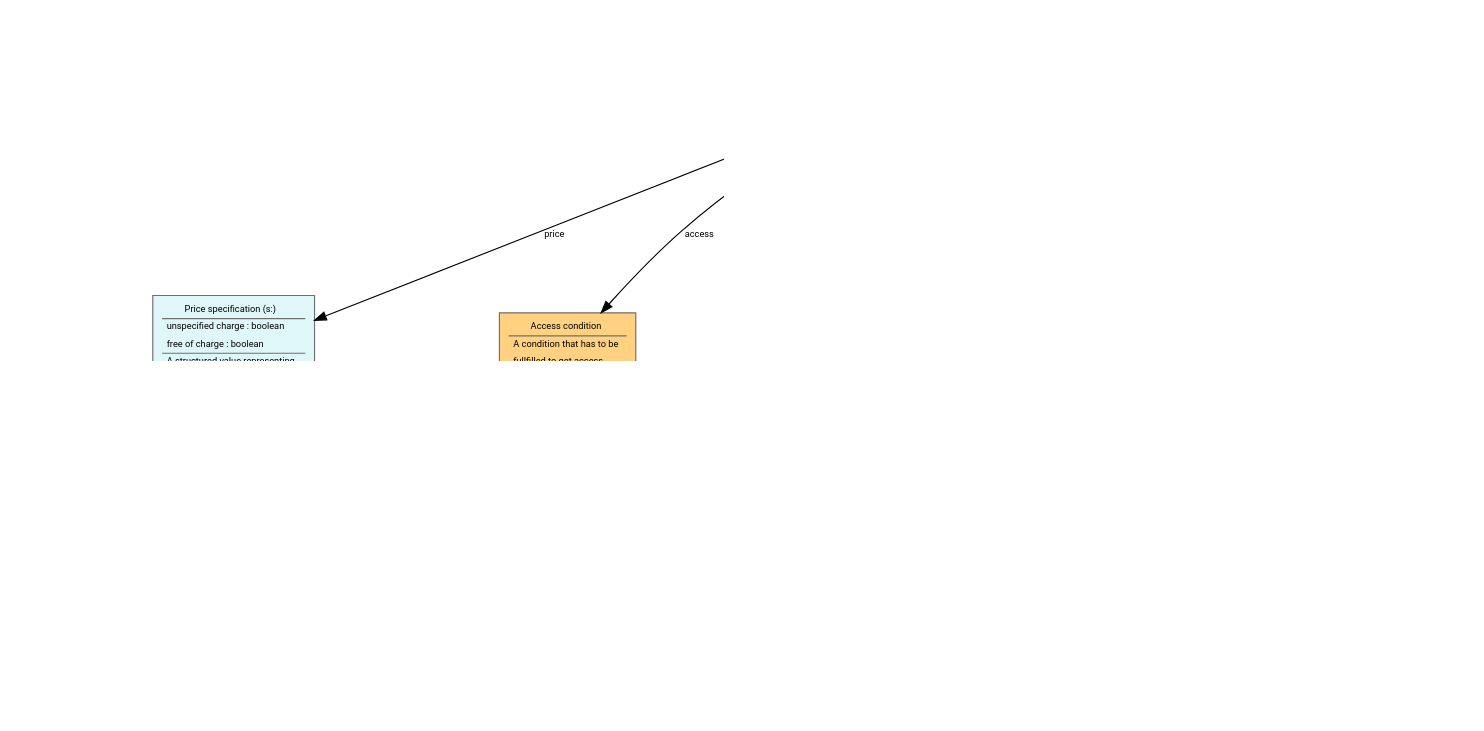
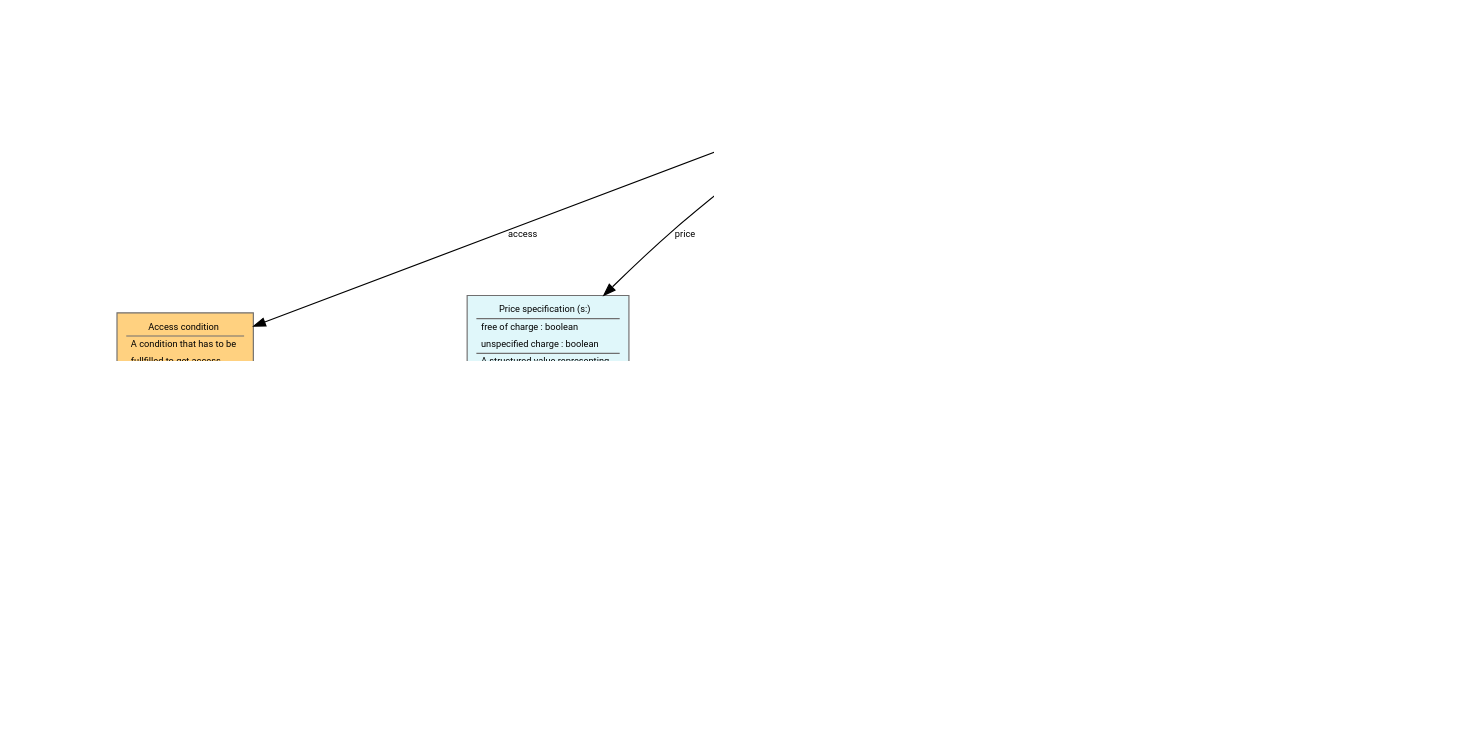
One commit to vocol/mobivoc changed the diagram in diagrams/index.ttl.dot. Above: the diagram before and after it, drawn with Graphviz. The commit also changed 15 other files, not shown here.

Commit message:
update diagrams

```diff
--- a/diagrams/index.ttl.dot
+++ b/diagrams/index.ttl.dot
@@ -24,33 +24,33 @@
                 fontname = "Roboto"
                 fontsize = 8
         ]
+"http://schema.mobivoc.org/AccessCondition" [fillcolor="#FFD180" fontcolor= "#000000", label=<<TABLE border="0"><TR><TD ALIGN="CENTER" HREF="http://schema.mobivoc.org/AccessCondition">Access condition</TD></TR><HR/><TR><TD ALIGN="LEFT">A condition that has to be</TD></TR><TR><TD ALIGN="LEFT">fullfilled to get access</TD></TR><TR><TD ALIGN="LEFT">to a civic structure.</TD></TR></TABLE>>]
+"http://schema.mobivoc.org/Action" [fillcolor="#FFD180" fontcolor= "#000000", label=<<TABLE border="0"><TR><TD ALIGN="CENTER" HREF="http://schema.mobivoc.org/Action">Action</TD></TR><HR/><TR><TD ALIGN="LEFT">Action that is done.</TD></TR></TABLE>>]
+"http://schema.mobivoc.org/UserGroup" [fillcolor="#FFD180" fontcolor= "#000000", label=<<TABLE border="0"><TR><TD ALIGN="CENTER" HREF="http://schema.mobivoc.org/UserGroup">User group</TD></TR><HR/><TR><TD ALIGN="LEFT">A group of users having a</TD></TR><TR><TD ALIGN="LEFT">common characteristic.</TD></TR></TABLE>>]
+"http://schema.mobivoc.org/TimeSpecification" [fillcolor="#FFD180" fontcolor= "#000000", label=<<TABLE border="0"><TR><TD ALIGN="CENTER" HREF="http://schema.mobivoc.org/TimeSpecification">Time specification</TD></TR><HR/><TR><TD ALIGN="LEFT" HREF="http://schema.mobivoc.org/overnight">overnight : boolean</TD></TR><TR><TD ALIGN="LEFT" HREF="http://schema.mobivoc.org/timeUnit">time unit : string</TD></TR><TR><TD ALIGN="LEFT" HREF="http://schema.mobivoc.org/timeEndValue">time end value : float</TD></TR><TR><TD ALIGN="LEFT" HREF="http://schema.mobivoc.org/timeStartValue">time start value : float</TD></TR><HR/><TR><TD ALIGN="LEFT">Specific time a price specification</TD></TR><TR><TD ALIGN="LEFT">is due for.</TD></TR></TABLE>>]
+"http://schema.org/CivicStructure" [fillcolor="#E0F7FA" fontcolor= "#000000", label=<<TABLE border="0"><TR><TD ALIGN="CENTER" HREF="http://schema.org/CivicStructure">Civic structure (s:)</TD></TR><HR/><TR><TD ALIGN="LEFT" HREF="http://schema.mobivoc.org/id">ID : string</TD></TR><TR><TD ALIGN="LEFT" HREF="http://schema.mobivoc.org/vehicleWidthLimitInM">vehicle width limit : decimal</TD></TR><TR><TD ALIGN="LEFT" HREF="http://schema.mobivoc.org/vehicleLengthLimitInM">vehicle length limit : decimal</TD></TR><TR><TD ALIGN="LEFT" HREF="http://schema.mobivoc.org/picture">picture : string</TD></TR><TR><TD ALIGN="LEFT" HREF="http://schema.mobivoc.org/vehicleHeightLimitInM">vechicle height limit : decimal</TD></TR><TR><TD ALIGN="LEFT" HREF="http://schema.mobivoc.org/name">name : string</TD></TR><TR><TD ALIGN="LEFT" HREF="http://schema.mobivoc.org/additionalInformation">additional information : string</TD></TR><HR/><TR><TD ALIGN="LEFT">A public structure, such as a town</TD></TR><TR><TD ALIGN="LEFT">hall or concert hall, parking facility</TD></TR><TR><TD ALIGN="LEFT">or charging point.</TD></TR></TABLE>>]
+"http://schema.mobivoc.org/CivicStructureStatus" [fillcolor="#FFD180" fontcolor= "#000000", label=<<TABLE border="0"><TR><TD ALIGN="CENTER" HREF="http://schema.mobivoc.org/CivicStructureStatus">Civic structure status</TD></TR><HR/><TR><TD ALIGN="LEFT">Status information of a civic</TD></TR><TR><TD ALIGN="LEFT">structure.</TD></TR></TABLE>>]
 "http://schema.org/Vehicle" [fillcolor="#E0F7FA" fontcolor= "#000000", label=<<TABLE border="0"><TR><TD ALIGN="CENTER" HREF="http://schema.org/Vehicle">Vehicle (s:)</TD></TR><HR/><TR><TD ALIGN="LEFT">A vehicle is a device that</TD></TR><TR><TD ALIGN="LEFT">is designed or used to transport</TD></TR><TR><TD ALIGN="LEFT">people or cargo over land,</TD></TR><TR><TD ALIGN="LEFT">water, air, or through space.</TD></TR></TABLE>>]
-"http://schema.mobivoc.org/Action" [fillcolor="#FFD180" fontcolor= "#000000", label=<<TABLE border="0"><TR><TD ALIGN="CENTER" HREF="http://schema.mobivoc.org/Action">Action</TD></TR><HR/><TR><TD ALIGN="LEFT">Action that is done.</TD></TR></TABLE>>]
-"http://schema.org/CivicStructure" [fillcolor="#E0F7FA" fontcolor= "#000000", label=<<TABLE border="0"><TR><TD ALIGN="CENTER" HREF="http://schema.org/CivicStructure">Civic structure (s:)</TD></TR><HR/><TR><TD ALIGN="LEFT" HREF="http://schema.mobivoc.org/vehicleWidthLimitInM">vehicle width limit : decimal</TD></TR><TR><TD ALIGN="LEFT" HREF="http://schema.mobivoc.org/vehicleHeightLimitInM">vechicle height limit : decimal</TD></TR><TR><TD ALIGN="LEFT" HREF="http://schema.mobivoc.org/picture">picture : string</TD></TR><TR><TD ALIGN="LEFT" HREF="http://schema.mobivoc.org/id">ID : string</TD></TR><TR><TD ALIGN="LEFT" HREF="http://schema.mobivoc.org/name">name : string</TD></TR><TR><TD ALIGN="LEFT" HREF="http://schema.mobivoc.org/additionalInformation">additional information : string</TD></TR><TR><TD ALIGN="LEFT" HREF="http://schema.mobivoc.org/vehicleLengthLimitInM">vehicle length limit : decimal</TD></TR><HR/><TR><TD ALIGN="LEFT">A public structure, such as a town</TD></TR><TR><TD ALIGN="LEFT">hall or concert hall, parking facility</TD></TR><TR><TD ALIGN="LEFT">or charging point.</TD></TR></TABLE>>]
-"http://schema.org/Place" [fillcolor="#E0F7FA" fontcolor= "#000000", label=<<TABLE border="0"><TR><TD ALIGN="CENTER" HREF="http://schema.org/Place">Place (s:)</TD></TR><HR/><TR><TD ALIGN="LEFT" HREF="http://www.w3.org/2003/01/geo/wgs84_pos#long">longitude (geo:) : string</TD></TR><TR><TD ALIGN="LEFT" HREF="http://www.w3.org/2003/01/geo/wgs84_pos#lat">latitude (geo:) : string</TD></TR><HR/><TR><TD ALIGN="LEFT">Entities that have a somewhat</TD></TR><TR><TD ALIGN="LEFT">fixed, physical extension.</TD></TR></TABLE>>]
-"http://schema.mobivoc.org/TimeSpecification" [fillcolor="#FFD180" fontcolor= "#000000", label=<<TABLE border="0"><TR><TD ALIGN="CENTER" HREF="http://schema.mobivoc.org/TimeSpecification">Time specification</TD></TR><HR/><TR><TD ALIGN="LEFT" HREF="http://schema.mobivoc.org/timeUnit">time unit : string</TD></TR><TR><TD ALIGN="LEFT" HREF="http://schema.mobivoc.org/overnight">overnight : boolean</TD></TR><TR><TD ALIGN="LEFT" HREF="http://schema.mobivoc.org/timeEndValue">time end value : float</TD></TR><TR><TD ALIGN="LEFT" HREF="http://schema.mobivoc.org/timeStartValue">time start value : float</TD></TR><HR/><TR><TD ALIGN="LEFT">Specific time a price specification</TD></TR><TR><TD ALIGN="LEFT">is due for.</TD></TR></TABLE>>]
-"http://schema.mobivoc.org/UserGroup" [fillcolor="#FFD180" fontcolor= "#000000", label=<<TABLE border="0"><TR><TD ALIGN="CENTER" HREF="http://schema.mobivoc.org/UserGroup">User group</TD></TR><HR/><TR><TD ALIGN="LEFT">A group of users having a</TD></TR><TR><TD ALIGN="LEFT">common characteristic.</TD></TR></TABLE>>]
-"http://schema.org/PriceSpecification" [fillcolor="#E0F7FA" fontcolor= "#000000", label=<<TABLE border="0"><TR><TD ALIGN="CENTER" HREF="http://schema.org/PriceSpecification">Price specification (s:)</TD></TR><HR/><TR><TD ALIGN="LEFT" HREF="http://schema.mobivoc.org/unspecifiedCharge">unspecified charge : boolean</TD></TR><TR><TD ALIGN="LEFT" HREF="http://schema.mobivoc.org/freeOfCharge">free of charge : boolean</TD></TR><HR/><TR><TD ALIGN="LEFT">A structured value representing</TD></TR><TR><TD ALIGN="LEFT">a price or price range for an</TD></TR><TR><TD ALIGN="LEFT">item.</TD></TR></TABLE>>]
+"http://schema.org/PaymentMethod" [fillcolor="#E0F7FA" fontcolor= "#000000", label=<<TABLE border="0"><TR><TD ALIGN="CENTER" HREF="http://schema.org/PaymentMethod">Payment method (s:)</TD></TR><HR/><TR><TD ALIGN="LEFT">A payment method is a standardized</TD></TR><TR><TD ALIGN="LEFT">procedure for transferring</TD></TR><TR><TD ALIGN="LEFT">the monetary amount for a</TD></TR><TR><TD ALIGN="LEFT">purchase. Payment methods</TD></TR><TR><TD ALIGN="LEFT">are characterized by the</TD></TR><TR><TD ALIGN="LEFT">legal and technical structures</TD></TR><TR><TD ALIGN="LEFT">used, and by the organization</TD></TR><TR><TD ALIGN="LEFT">or group carrying out the</TD></TR><TR><TD ALIGN="LEFT">transaction.</TD></TR></TABLE>>]
+"http://schema.org/Place" [fillcolor="#E0F7FA" fontcolor= "#000000", label=<<TABLE border="0"><TR><TD ALIGN="CENTER" HREF="http://schema.org/Place">Place (s:)</TD></TR><HR/><TR><TD ALIGN="LEFT" HREF="http://www.w3.org/2003/01/geo/wgs84_pos#lat">latitude (geo:) : string</TD></TR><TR><TD ALIGN="LEFT" HREF="http://www.w3.org/2003/01/geo/wgs84_pos#long">longitude (geo:) : string</TD></TR><HR/><TR><TD ALIGN="LEFT">Entities that have a somewhat</TD></TR><TR><TD ALIGN="LEFT">fixed, physical extension.</TD></TR></TABLE>>]
 "http://schema.org/OpeningHoursSpecification" [fillcolor="#E0F7FA" fontcolor= "#000000", label=<<TABLE border="0"><TR><TD ALIGN="CENTER" HREF="http://schema.org/OpeningHoursSpecification">Opening hours specification (s:)</TD></TR><HR/><TR><TD ALIGN="LEFT">A structured value providing</TD></TR><TR><TD ALIGN="LEFT">information about the opening</TD></TR><TR><TD ALIGN="LEFT">hours of a place or a certain</TD></TR><TR><TD ALIGN="LEFT">service inside a place.</TD></TR></TABLE>>]
-"http://schema.mobivoc.org/AccessCondition" [fillcolor="#FFD180" fontcolor= "#000000", label=<<TABLE border="0"><TR><TD ALIGN="CENTER" HREF="http://schema.mobivoc.org/AccessCondition">Access condition</TD></TR><HR/><TR><TD ALIGN="LEFT">A condition that has to be</TD></TR><TR><TD ALIGN="LEFT">fullfilled to get access</TD></TR><TR><TD ALIGN="LEFT">to a civic structure.</TD></TR></TABLE>>]
+"http://schema.org/PriceSpecification" [fillcolor="#E0F7FA" fontcolor= "#000000", label=<<TABLE border="0"><TR><TD ALIGN="CENTER" HREF="http://schema.org/PriceSpecification">Price specification (s:)</TD></TR><HR/><TR><TD ALIGN="LEFT" HREF="http://schema.mobivoc.org/freeOfCharge">free of charge : boolean</TD></TR><TR><TD ALIGN="LEFT" HREF="http://schema.mobivoc.org/unspecifiedCharge">unspecified charge : boolean</TD></TR><HR/><TR><TD ALIGN="LEFT">A structured value representing</TD></TR><TR><TD ALIGN="LEFT">a price or price range for an</TD></TR><TR><TD ALIGN="LEFT">item.</TD></TR></TABLE>>]
 "http://schema.org/PostalAddress" [fillcolor="#E0F7FA" fontcolor= "#000000", label=<<TABLE border="0"><TR><TD ALIGN="CENTER" HREF="http://schema.org/PostalAddress">Postal address (s:)</TD></TR><HR/><TR><TD ALIGN="LEFT">The mailing address.</TD></TR></TABLE>>]
-"http://schema.org/PaymentMethod" [fillcolor="#E0F7FA" fontcolor= "#000000", label=<<TABLE border="0"><TR><TD ALIGN="CENTER" HREF="http://schema.org/PaymentMethod">Payment method (s:)</TD></TR><HR/><TR><TD ALIGN="LEFT">A payment method is a standardized</TD></TR><TR><TD ALIGN="LEFT">procedure for transferring</TD></TR><TR><TD ALIGN="LEFT">the monetary amount for a</TD></TR><TR><TD ALIGN="LEFT">purchase. Payment methods</TD></TR><TR><TD ALIGN="LEFT">are characterized by the</TD></TR><TR><TD ALIGN="LEFT">legal and technical structures</TD></TR><TR><TD ALIGN="LEFT">used, and by the organization</TD></TR><TR><TD ALIGN="LEFT">or group carrying out the</TD></TR><TR><TD ALIGN="LEFT">transaction.</TD></TR></TABLE>>]
-"http://schema.mobivoc.org/CivicStructureStatus" [fillcolor="#FFD180" fontcolor= "#000000", label=<<TABLE border="0"><TR><TD ALIGN="CENTER" HREF="http://schema.mobivoc.org/CivicStructureStatus">Civic structure status</TD></TR><HR/><TR><TD ALIGN="LEFT">Status information of a civic</TD></TR><TR><TD ALIGN="LEFT">structure.</TD></TR></TABLE>>]
-"http://schema.mobivoc.org/AccessCondition" -> "http://schema.mobivoc.org/Action" [href="http://schema.mobivoc.org/action", label="action"]
+"http://schema.mobivoc.org/UserGroup" -> "http://purl.org/goodrelations/v1#BusinessEntity" [href="http://schema.mobivoc.org/customerOf", label="customer of
+employee of"]
+"http://schema.mobivoc.org/AccessCondition" -> "http://schema.org/Vehicle" [href="http://schema.mobivoc.org/restrictedToVehicleType", label="restricted to vehicle type"]
+"http://schema.org/PriceSpecification" -> "http://schema.mobivoc.org/UserGroup" [href="http://schema.mobivoc.org/validForGroup", label="valid for user group"]
+"http://schema.org/PriceSpecification" -> "http://schema.mobivoc.org/TimeSpecification" [href="http://schema.mobivoc.org/dueForTime", label="due for time"]
+"http://schema.org/PriceSpecification" -> "http://schema.org/Vehicle" [href="http://schema.mobivoc.org/validForVehicle", label="valid for vehicle"]
 "http://schema.org/Place" -> "http://schema.org/PostalAddress" [href="http://schema.org/address", label="address (s:)"]
-"http://schema.org/PriceSpecification" -> "http://schema.mobivoc.org/TimeSpecification" [href="http://schema.mobivoc.org/dueForTime", label="due for time"]
-"http://schema.mobivoc.org/AccessCondition" -> "http://schema.mobivoc.org/UserGroup" [href="http://schema.mobivoc.org/restrictedToGroup", label="restricted to user group"]
-"http://schema.org/PriceSpecification" -> "http://schema.mobivoc.org/UserGroup" [href="http://schema.mobivoc.org/validForGroup", label="valid for user group"]
-"http://schema.org/CivicStructure" -> "http://schema.mobivoc.org/CivicStructureStatus" [href="http://schema.mobivoc.org/civicStructureStatus", label="civic structure status"]
 "http://schema.org/CivicStructure" -> "http://purl.org/goodrelations/v1#BusinessEntity" [href="http://schema.mobivoc.org/operatedBy", label="operated by
 owned by"]
-"http://schema.mobivoc.org/UserGroup" -> "http://purl.org/goodrelations/v1#BusinessEntity" [href="http://schema.mobivoc.org/customerOf", label="customer of
-employee of"]
 "http://schema.org/CivicStructure" -> "http://schema.mobivoc.org/AccessCondition" [href="http://schema.mobivoc.org/access", label="access"]
+"http://schema.org/CivicStructure" -> "http://schema.mobivoc.org/CivicStructureStatus" [href="http://schema.mobivoc.org/civicStructureStatus", label="civic structure status"]
+"http://schema.org/CivicStructure" -> "http://schema.org/PriceSpecification" [href="http://schema.mobivoc.org/price", label="price"]
+"http://schema.mobivoc.org/AccessCondition" -> "http://schema.mobivoc.org/Action" [href="http://schema.mobivoc.org/action", label="action"]
+"http://schema.org/CivicStructure" -> "http://schema.org/PaymentMethod" [href="http://schema.org/acceptedPaymentMethod", label="accepted payment method (s:)"]
+"http://schema.mobivoc.org/AccessCondition" -> "http://schema.mobivoc.org/UserGroup" [href="http://schema.mobivoc.org/restrictedToGroup", label="restricted to user group"]
 "http://schema.org/CivicStructure" -> "http://schema.org/OpeningHoursSpecification" [href="http://schema.org/openingHoursSpecification", label="opening hours specification (s:)"]
-"http://schema.org/CivicStructure" -> "http://schema.org/PaymentMethod" [href="http://schema.org/acceptedPaymentMethod", label="accepted payment method (s:)"]
-"http://schema.org/CivicStructure" -> "http://schema.org/PriceSpecification" [href="http://schema.mobivoc.org/price", label="price"]
-"http://schema.mobivoc.org/AccessCondition" -> "http://schema.org/Vehicle" [href="http://schema.mobivoc.org/restrictedToVehicleType", label="restricted to vehicle type"]
-"http://schema.org/PriceSpecification" -> "http://schema.org/Vehicle" [href="http://schema.mobivoc.org/validForVehicle", label="valid for vehicle"]
 "http://schema.org/CivicStructure" -> "http://schema.org/Place" [arrowhead = "empty"]
 }
```
